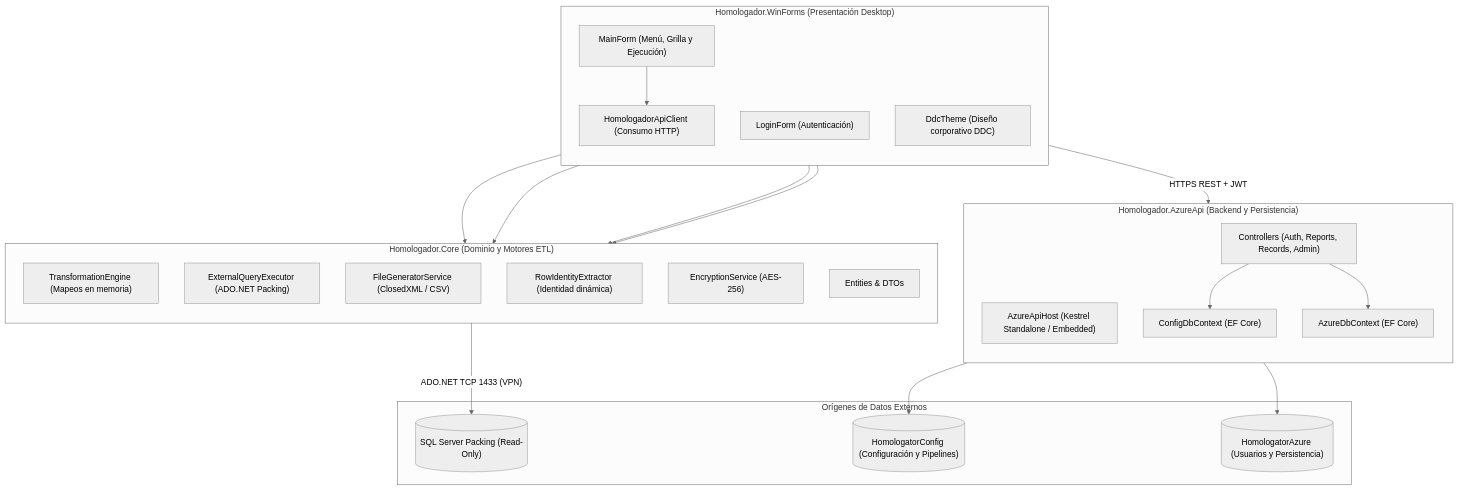
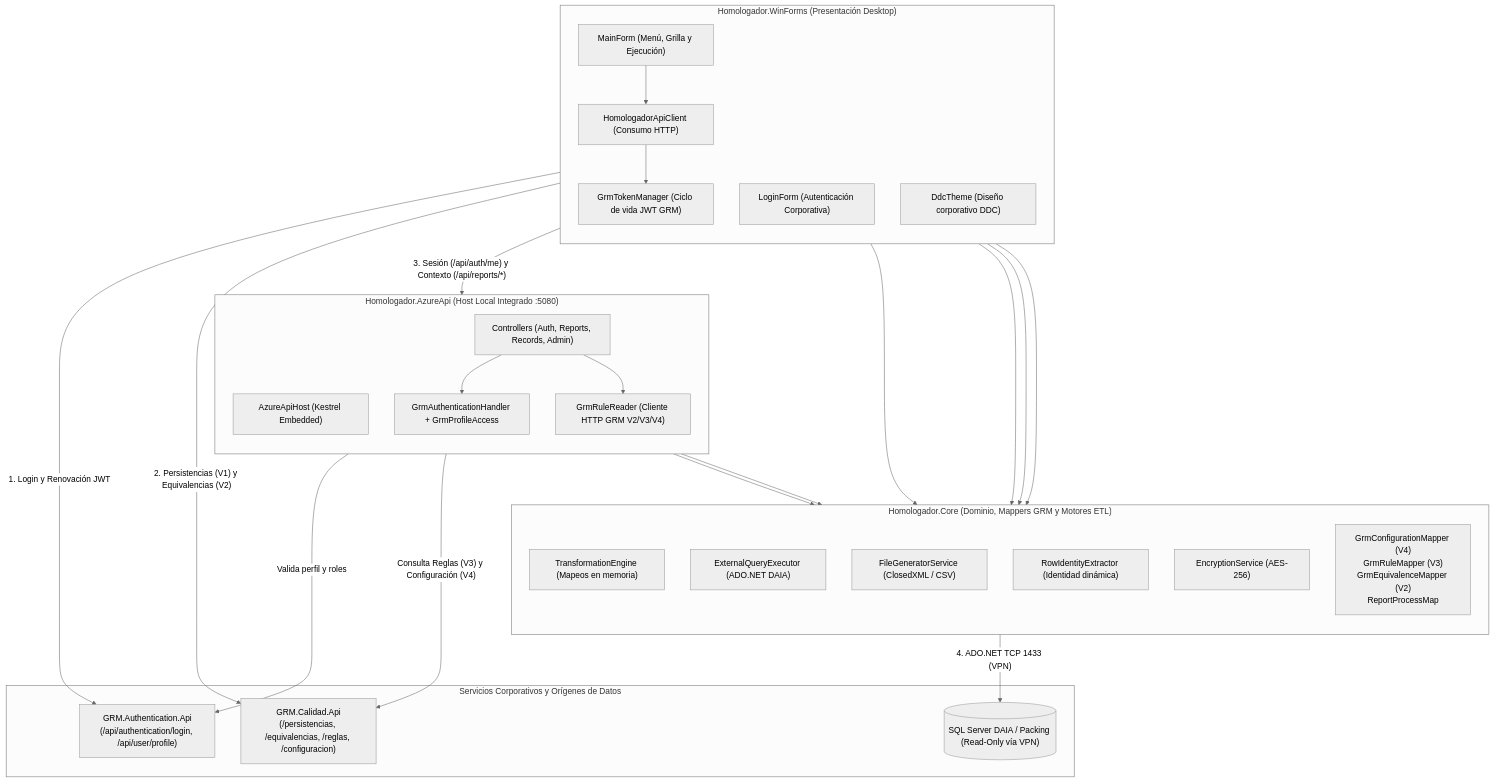
Before and after one commit to Gonzaloandres1996/Homologador: the first of 2 diagrams in README.md, drawn with Mermaid (neutral theme). The commit also changed other lines of this file and 26 other files, not shown here.

Commit message:
feat(grm): integrar fases V1-V4 de autenticacion, equivalencias, reglas y configuracion en GRM

````diff
--- a/README.md
+++ b/README.md
@@ -29,46 +30,52 @@
 ```mermaid
 flowchart TD
     subgraph UI ["Homologador.WinForms (Presentación Desktop)"]
         direction TB
         MainForm["MainForm (Menú, Grilla y Ejecución)"]
-        LoginForm["LoginForm (Autenticación)"]
+        LoginForm["LoginForm (Autenticación Corporativa)"]
+        TokenMgr["GrmTokenManager (Ciclo de vida JWT GRM)"]
         ApiClient["HomologadorApiClient (Consumo HTTP)"]
         DdcTheme["DdcTheme (Diseño corporativo DDC)"]
     end
 
-    subgraph Core ["Homologador.Core (Dominio y Motores ETL)"]
+    subgraph Core ["Homologador.Core (Dominio, Mappers GRM y Motores ETL)"]
         direction TB
         TransEngine["TransformationEngine (Mapeos en memoria)"]
-        QueryExec["ExternalQueryExecutor (ADO.NET Packing)"]
+        QueryExec["ExternalQueryExecutor (ADO.NET DAIA)"]
         FileGen["FileGeneratorService (ClosedXML / CSV)"]
         IdExtractor["RowIdentityExtractor (Identidad dinámica)"]
         Crypto["EncryptionService (AES-256)"]
-        Entities["Entities & DTOs"]
+        GrmMappers["GrmConfigurationMapper (V4)\nGrmRuleMapper (V3)\nGrmEquivalenceMapper (V2)\nReportProcessMap"]
     end
 
-    subgraph API ["Homologador.AzureApi (Backend y Persistencia)"]
+    subgraph API ["Homologador.AzureApi (Host Local Integrado :5080)"]
         direction TB
-        Host["AzureApiHost (Kestrel Standalone / Embedded)"]
+        Host["AzureApiHost (Kestrel Embedded)"]
+        AuthHandler["GrmAuthenticationHandler + GrmProfileAccess"]
+        RuleReader["GrmRuleReader (Cliente HTTP GRM V2/V3/V4)"]
         Controllers["Controllers (Auth, Reports, Records, Admin)"]
-        ConfigDb["ConfigDbContext (EF Core)"]
-        AzureDb["AzureDbContext (EF Core)"]
     end
 
-    subgraph Externo ["Orígenes de Datos Externos"]
-        PackDB[("SQL Server Packing (Read-Only)")]
-        ConfDB[("HomologatorConfig (Configuración y Pipelines)")]
-        AzDB[("HomologatorAzure (Usuarios y Persistencia)")]
+    subgraph Externo ["Servicios Corporativos y Orígenes de Datos"]
+        GrmAuth["GRM.Authentication.Api\n(/api/authentication/login, /api/user/profile)"]
+        GrmCalidad["GRM.Calidad.Api\n(/persistencias, /equivalencias, /reglas, /configuracion)"]
+        PackDB[("SQL Server DAIA / Packing (Read-Only vía VPN)")]
     end
 
     MainForm --> ApiClient
+    ApiClient --> TokenMgr
+    TokenMgr -->|"1. Login y Renovación JWT"| GrmAuth
+    ApiClient -->|"2. Persistencias (V1) y Equivalencias (V2)"| GrmCalidad
+    ApiClient -->|"3. Sesión (/api/auth/me) y Contexto (/api/reports/*)"| Controllers
+    Controllers --> AuthHandler
+    AuthHandler -->|"Valida perfil y roles"| GrmAuth
+    Controllers --> RuleReader
+    RuleReader -->|"Consulta Reglas (V3) y Configuración (V4)"| GrmCalidad
+    RuleReader --> GrmMappers
+    RuleReader --> Crypto
     MainForm --> TransEngine
     MainForm --> QueryExec
     MainForm --> FileGen
     MainForm --> IdExtractor
-    ApiClient -->|"HTTPS REST + JWT"| Controllers
-    Controllers --> ConfigDb
-    Controllers --> AzureDb
-    ConfigDb --> ConfDB
-    AzureDb --> AzDB
-    QueryExec -->|"ADO.NET TCP 1433 (VPN)"| PackDB
+    QueryExec -->|"4. ADO.NET TCP 1433 (VPN)"| PackDB
 ```
````
